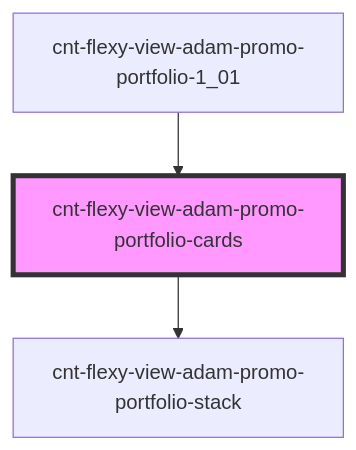
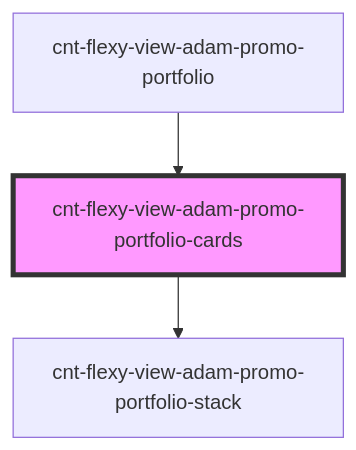
Before and after one commit to almalib/s-promo: the diagram in src/components/cnt-flexy-view-adam-promo-portfolio-wrapper/res/view/cnt-flexy-view-adam-promo-portfolio/res/view/cnt-flexy-view-adam-promo-portfolio-cards/readme.md, drawn with Mermaid. The commit also changed other lines of this file and 134 other files, not shown here.

````diff
--- a/src/components/cnt-flexy-view-adam-promo-portfolio-wrapper/res/view/cnt-flexy-view-adam-promo-portfolio/res/view/cnt-flexy-view-adam-promo-portfolio-cards/readme.md
+++ b/src/components/cnt-flexy-view-adam-promo-portfolio-wrapper/res/view/cnt-flexy-view-adam-promo-portfolio/res/view/cnt-flexy-view-adam-promo-portfolio-cards/readme.md
@@ -26,6 +26,6 @@
 ```mermaid
 graph TD;
   cnt-flexy-view-adam-promo-portfolio-cards --> cnt-flexy-view-adam-promo-portfolio-stack
-  cnt-flexy-view-adam-promo-portfolio-1_01 --> cnt-flexy-view-adam-promo-portfolio-cards
+  cnt-flexy-view-adam-promo-portfolio --> cnt-flexy-view-adam-promo-portfolio-cards
   style cnt-flexy-view-adam-promo-portfolio-cards fill:#f9f,stroke:#333,stroke-width:4px
 ```
````
